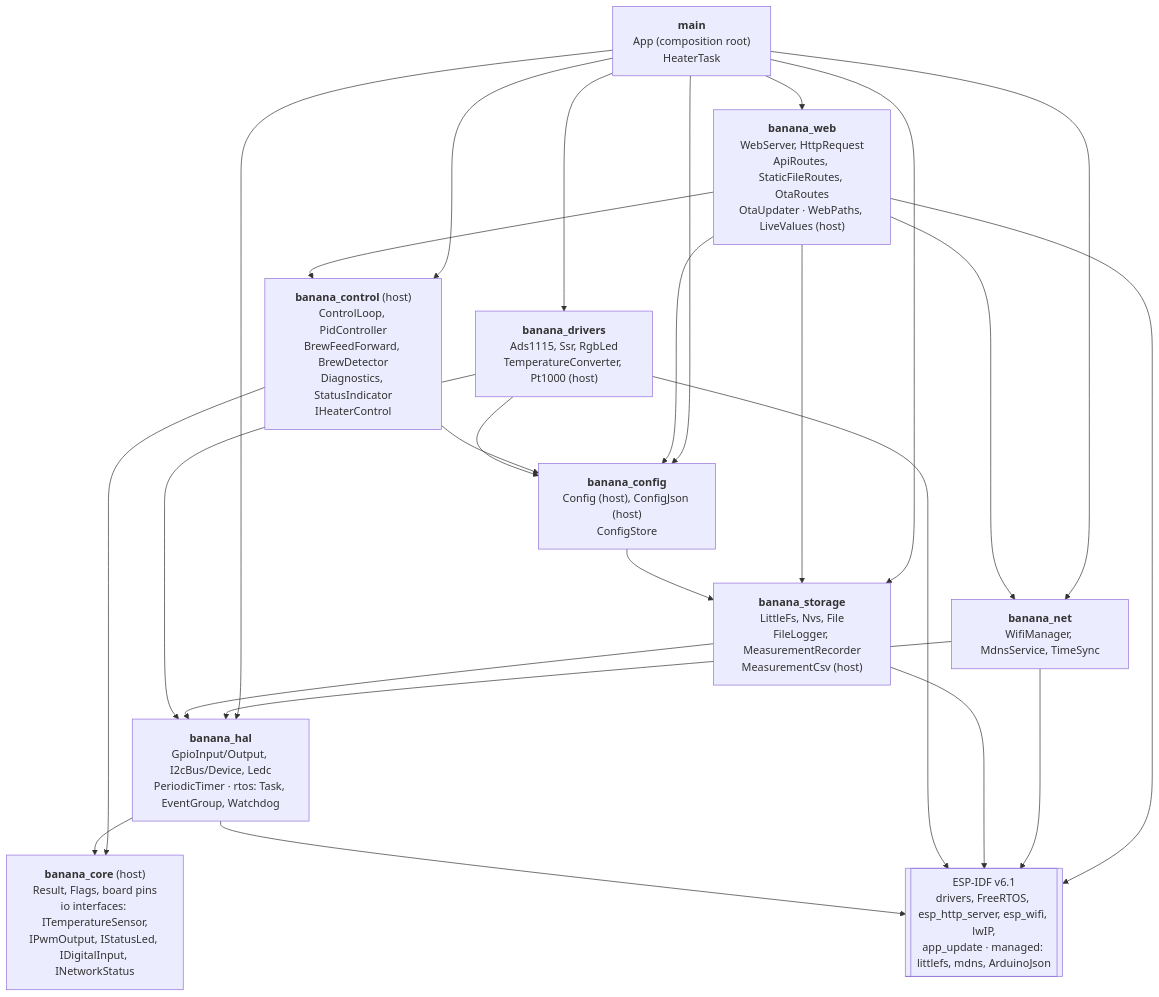
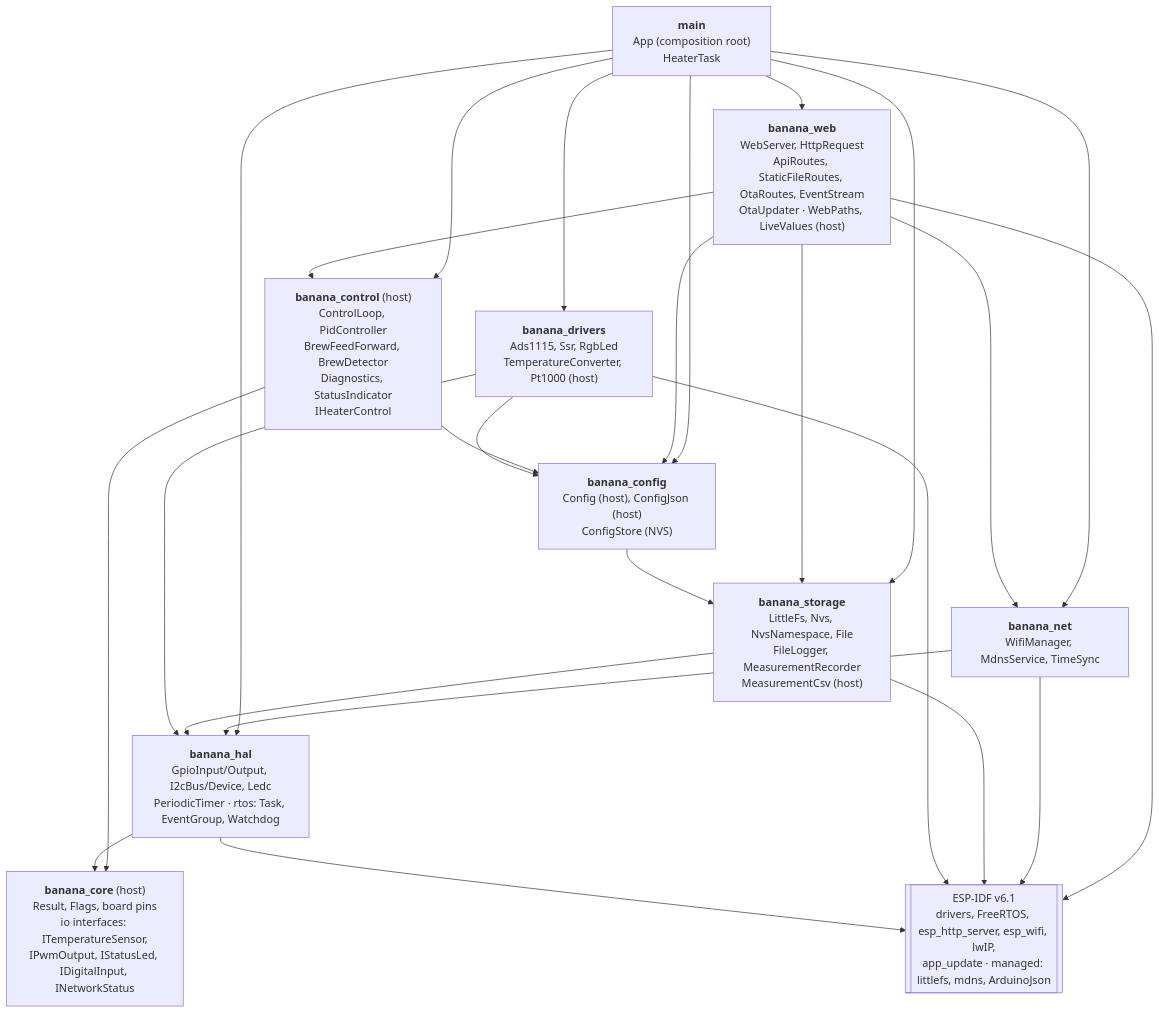
One commit to sebgad/bananactrl changed the first of 2 diagrams in docs/ARCHITECTURE.md. Above: the diagram before and after it, drawn with Mermaid. The commit also changed other lines of this file and 30 other files, not shown here.

First line of the commit message:
Phase 8 follow-ups: bundled charts, server-sent events, settings in NVS

````diff
--- a/docs/ARCHITECTURE.md
+++ b/docs/ARCHITECTURE.md
@@ -8,24 +8,24 @@
 ```mermaid
 flowchart TD
     main["<b>main</b><br/>App (composition root)<br/>HeaterTask"]
 
-    web["<b>banana_web</b><br/>WebServer, HttpRequest<br/>ApiRoutes, StaticFileRoutes, OtaRoutes<br/>OtaUpdater · WebPaths, LiveValues (host)"]
+    web["<b>banana_web</b><br/>WebServer, HttpRequest<br/>ApiRoutes, StaticFileRoutes, OtaRoutes, EventStream<br/>OtaUpdater · WebPaths, LiveValues (host)"]
     net["<b>banana_net</b><br/>WifiManager, MdnsService, TimeSync"]
-    storage["<b>banana_storage</b><br/>LittleFs, Nvs, File<br/>FileLogger, MeasurementRecorder<br/>MeasurementCsv (host)"]
-    config["<b>banana_config</b><br/>Config (host), ConfigJson (host)<br/>ConfigStore"]
+    storage["<b>banana_storage</b><br/>LittleFs, Nvs, NvsNamespace, File<br/>FileLogger, MeasurementRecorder<br/>MeasurementCsv (host)"]
+    config["<b>banana_config</b><br/>Config (host), ConfigJson (host)<br/>ConfigStore (NVS)"]
     control["<b>banana_control</b> (host)<br/>ControlLoop, PidController<br/>BrewFeedForward, BrewDetector<br/>Diagnostics, StatusIndicator<br/>IHeaterControl"]
     drivers["<b>banana_drivers</b><br/>Ads1115, Ssr, RgbLed<br/>TemperatureConverter, Pt1000 (host)"]
     hal["<b>banana_hal</b><br/>GpioInput/Output, I2cBus/Device, Ledc<br/>PeriodicTimer · rtos: Task, EventGroup, Watchdog"]
     core["<b>banana_core</b> (host)<br/>Result, Flags, board pins<br/>io interfaces: ITemperatureSensor,<br/>IPwmOutput, IStatusLed, IDigitalInput, INetworkStatus"]
     idf[["ESP-IDF v6.1<br/>drivers, FreeRTOS, esp_http_server, esp_wifi, lwIP,<br/>app_update · managed: littlefs, mdns, ArduinoJson"]]
 
     main --> web & net & storage & config & control & drivers & hal
     web --> net & config & control & storage
     net --> hal
     storage --> hal
     config --> storage
     control --> config & core
     drivers --> hal & config
     hal --> core
     web & net & storage & drivers & hal --> idf
 ```
````
